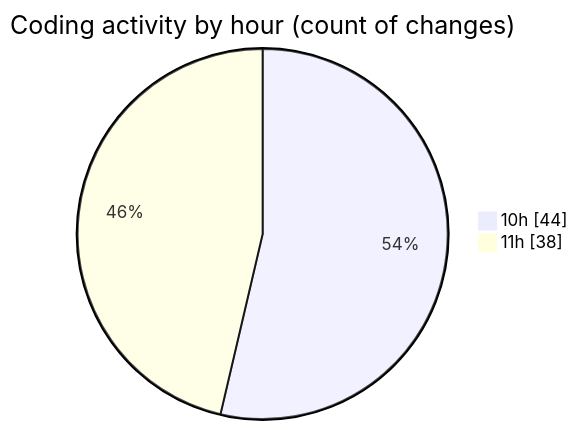
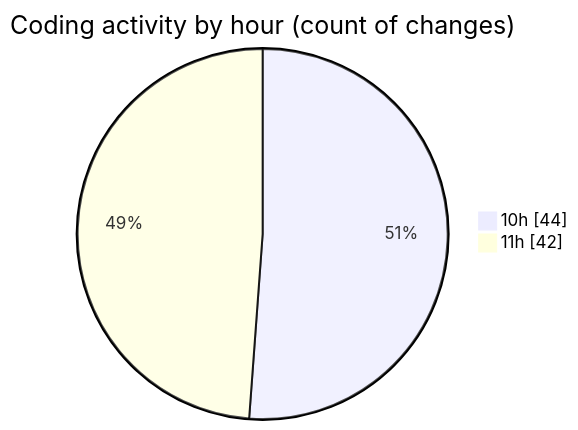
The second of 2 diagrams in 2025-08-28/cda/README.md (momahboobian/code-tracking), drawn with Mermaid before and after one commit. The commit also changed other lines of this file and 1 other file, not shown here.

````diff
--- a/2025-08-28/cda/README.md
+++ b/2025-08-28/cda/README.md
@@ -31,6 +31,6 @@
 ```mermaid
 pie showData
 title Coding activity by hour (count of changes)
 "10h" : 44
-"11h" : 38
+"11h" : 42
 ```
````
